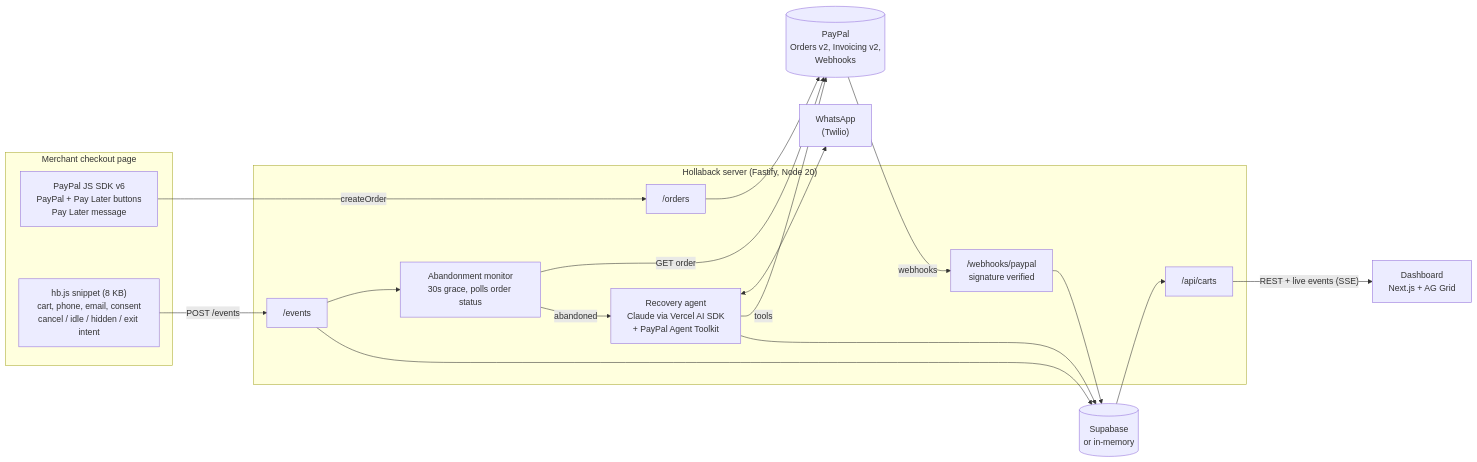
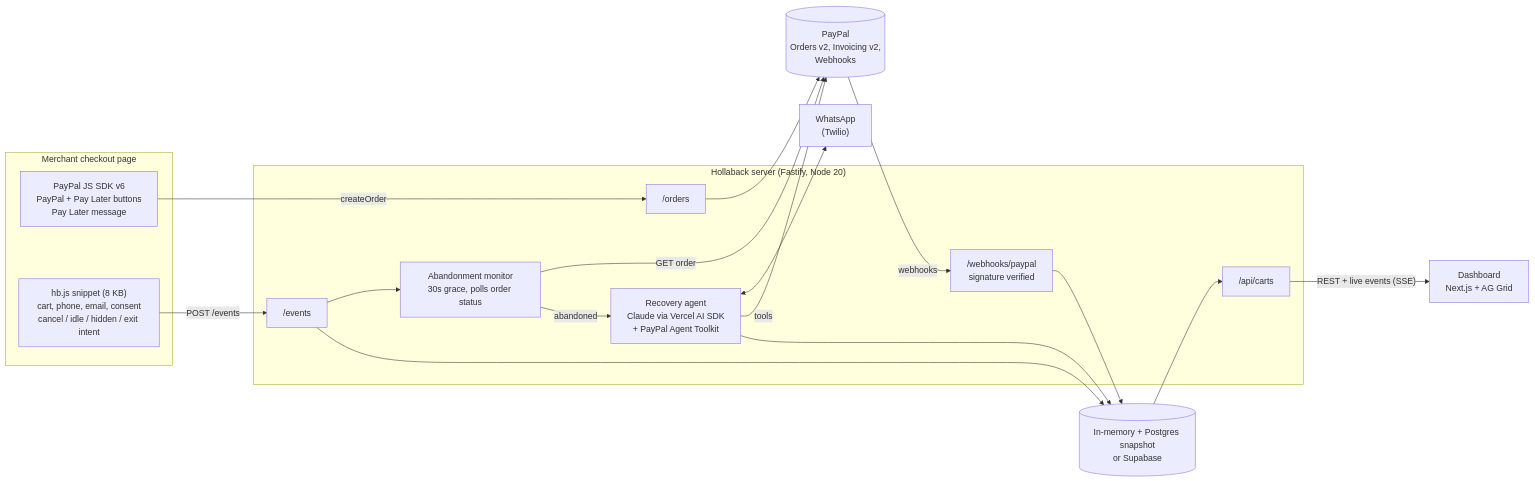
Before and after one commit to big14way/hollaback: the diagram in README.md, drawn with Mermaid. The commit also changed other lines of this file and 12 other files, not shown here.

First line of the commit message:
feat(store): keep the in-memory store in a Postgres snapshot

````diff
--- a/README.md
+++ b/README.md
@@ -158,31 +161,31 @@
 ```mermaid
 flowchart LR
   subgraph Browser["Merchant checkout page"]
     SDK["PayPal JS SDK v6<br/>PayPal + Pay Later buttons<br/>Pay Later message"]
     HB["hb.js snippet (8 KB)<br/>cart, phone, email, consent<br/>cancel / idle / hidden / exit intent"]
   end
   subgraph Server["Hollaback server (Fastify, Node 20)"]
     Orders["/orders"]
     Events["/events"]
     Monitor["Abandonment monitor<br/>30s grace, polls order status"]
     Agent["Recovery agent<br/>Claude via Vercel AI SDK<br/>+ PayPal Agent Toolkit"]
     Hooks["/webhooks/paypal<br/>signature verified"]
     API["/api/carts"]
   end
   PayPal[("PayPal<br/>Orders v2, Invoicing v2,<br/>Webhooks")]
   WA["WhatsApp<br/>(Twilio)"]
-  DB[("Supabase<br/>or in-memory")]
+  DB[("In-memory + Postgres snapshot<br/>or Supabase")]
   Dash["Dashboard<br/>Next.js + AG Grid"]
 
   SDK -- createOrder --> Orders --> PayPal
   HB -- POST /events --> Events --> Monitor
   Monitor -- GET order --> PayPal
   Monitor -- abandoned --> Agent
   Agent <--> WA
   Agent -- tools --> PayPal
   PayPal -- webhooks --> Hooks --> DB
   Events --> DB
   Agent --> DB
   API -- "REST + live events (SSE)" --> Dash
   DB --> API
 ```
````
